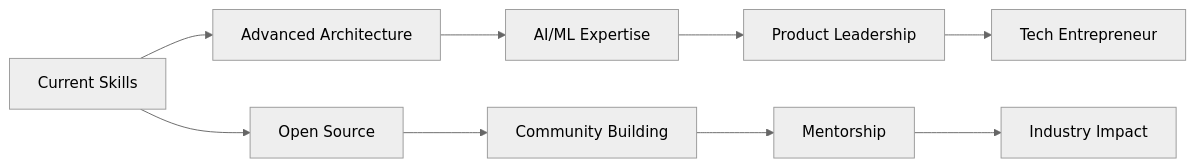
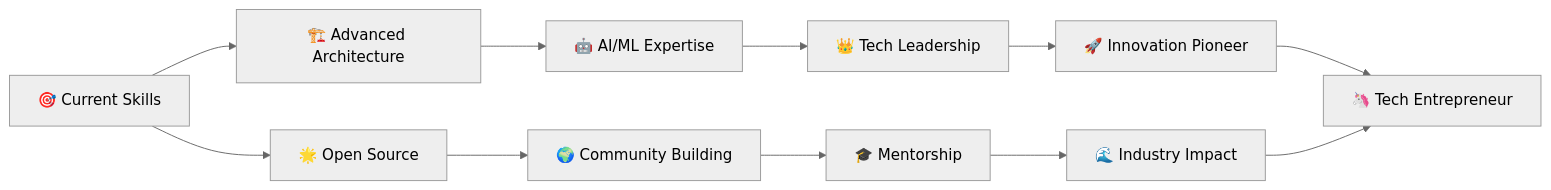
The diagram in README.md (AmanMishra107/AmanMishra107), drawn with Mermaid (neutral theme) before and after one commit. The commit also changed other lines of this file, not shown here.

````diff
--- a/README.md
+++ b/README.md
@@ -226,12 +395,15 @@
 ```mermaid
 graph LR
-    A[Current Skills] --> B[Advanced Architecture]
-    B --> C[AI/ML Expertise]
-    C --> D[Product Leadership]
-    D --> E[Tech Entrepreneur]
+    A[🎯 Current Skills] --> B[🏗️ Advanced Architecture]
+    B --> C[🤖 AI/ML Expertise]
+    C --> D[👑 Tech Leadership]
+    D --> E[🚀 Innovation Pioneer]
     
-    A --> F[Open Source]
-    F --> G[Community Building]
-    G --> H[Mentorship]
-    H --> I[Industry Impact]
+    A --> F[🌟 Open Source]
+    F --> G[🌍 Community Building]
+    G --> H[🎓 Mentorship]
+    H --> I[🌊 Industry Impact]
+    
+    E --> J[🦄 Tech Entrepreneur]
+    I --> J
 ```
````
